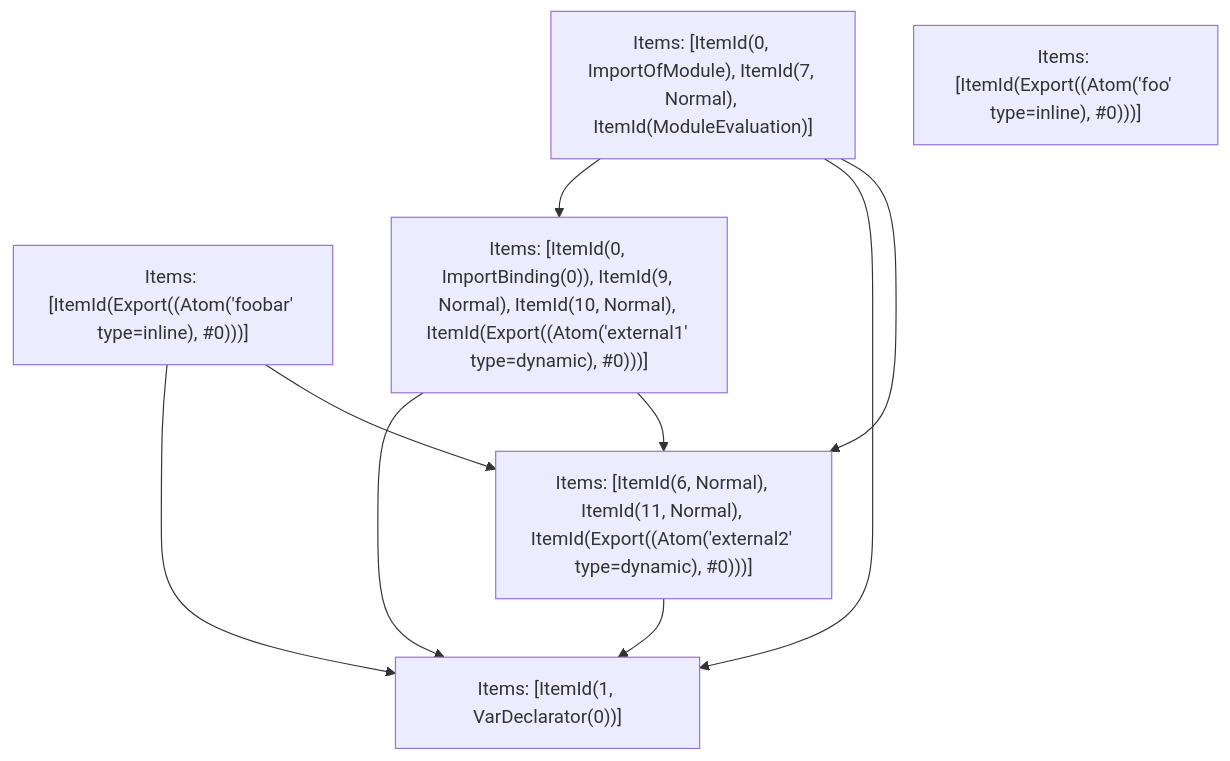
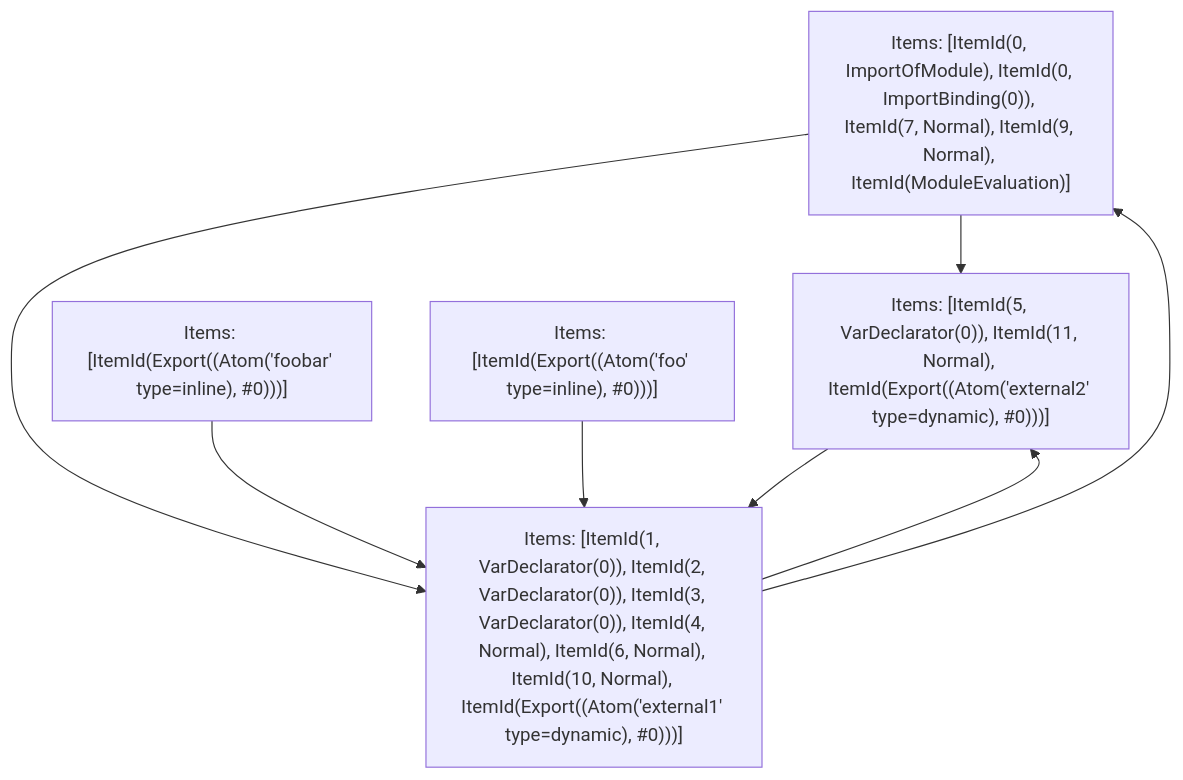
Before and after one commit to vercel/turborepo: the fifth of 5 diagrams in crates/turbopack-ecmascript/tests/tree-shaker/analyzer/1/output.md, drawn with Mermaid. The commit also changed other lines of this file and 3 other files, not shown here.

````diff
--- a/crates/turbopack-ecmascript/tests/tree-shaker/analyzer/1/output.md
+++ b/crates/turbopack-ecmascript/tests/tree-shaker/analyzer/1/output.md
@@ -341,17 +341,15 @@
 ```mermaid
 graph TD
-    N0["Items: [ItemId(0, ImportOfModule), ItemId(7, Normal), ItemId(ModuleEvaluation)]"];
+    N0["Items: [ItemId(0, ImportOfModule), ItemId(0, ImportBinding(0)), ItemId(7, Normal), ItemId(9, Normal), ItemId(ModuleEvaluation)]"];
     N1["Items: [ItemId(Export((Atom('foobar' type=inline), #0)))]"];
     N2["Items: [ItemId(Export((Atom('foo' type=inline), #0)))]"];
-    N3["Items: [ItemId(0, ImportBinding(0)), ItemId(9, Normal), ItemId(10, Normal), ItemId(Export((Atom('external1' type=dynamic), #0)))]"];
-    N4["Items: [ItemId(6, Normal), ItemId(11, Normal), ItemId(Export((Atom('external2' type=dynamic), #0)))]"];
-    N5["Items: [ItemId(1, VarDeclarator(0))]"];
+    N3["Items: [ItemId(1, VarDeclarator(0)), ItemId(2, VarDeclarator(0)), ItemId(3, VarDeclarator(0)), ItemId(4, Normal), ItemId(6, Normal), ItemId(10, Normal), ItemId(Export((Atom('external1' type=dynamic), #0)))]"];
+    N4["Items: [ItemId(5, VarDeclarator(0)), ItemId(11, Normal), ItemId(Export((Atom('external2' type=dynamic), #0)))]"];
+    N0 --> N4;
     N0 --> N3;
-    N0 --> N5;
-    N0 --> N4;
-    N1 --> N5;
-    N1 --> N4;
-    N3 --> N5;
+    N1 --> N3;
+    N2 --> N3;
     N3 --> N4;
-    N4 --> N5;
+    N3 --> N0;
+    N4 --> N3;
 ```
````
